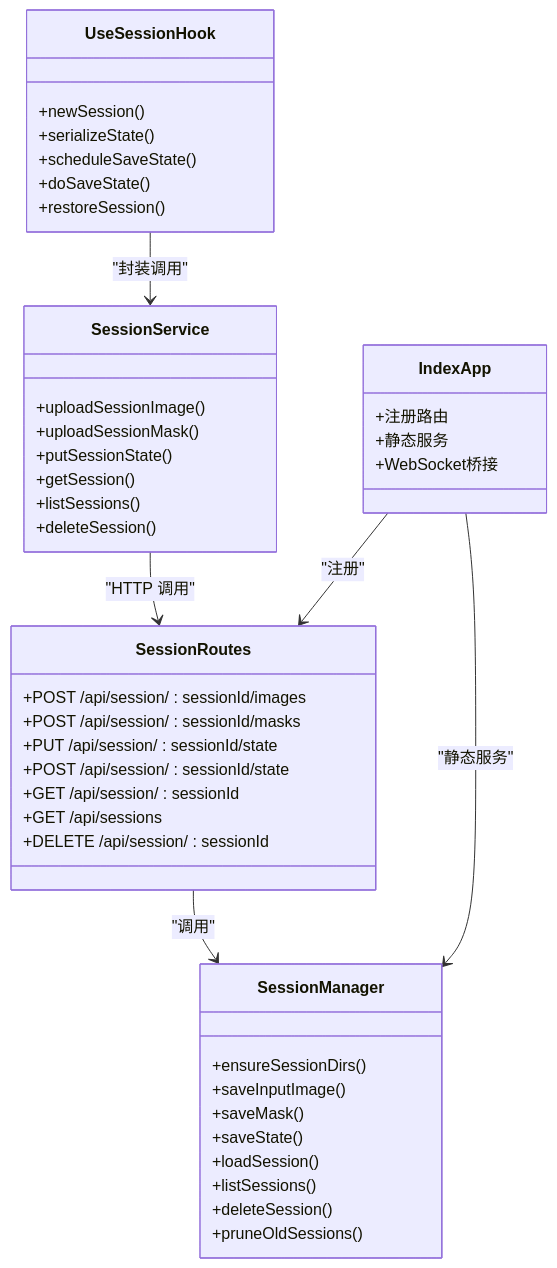
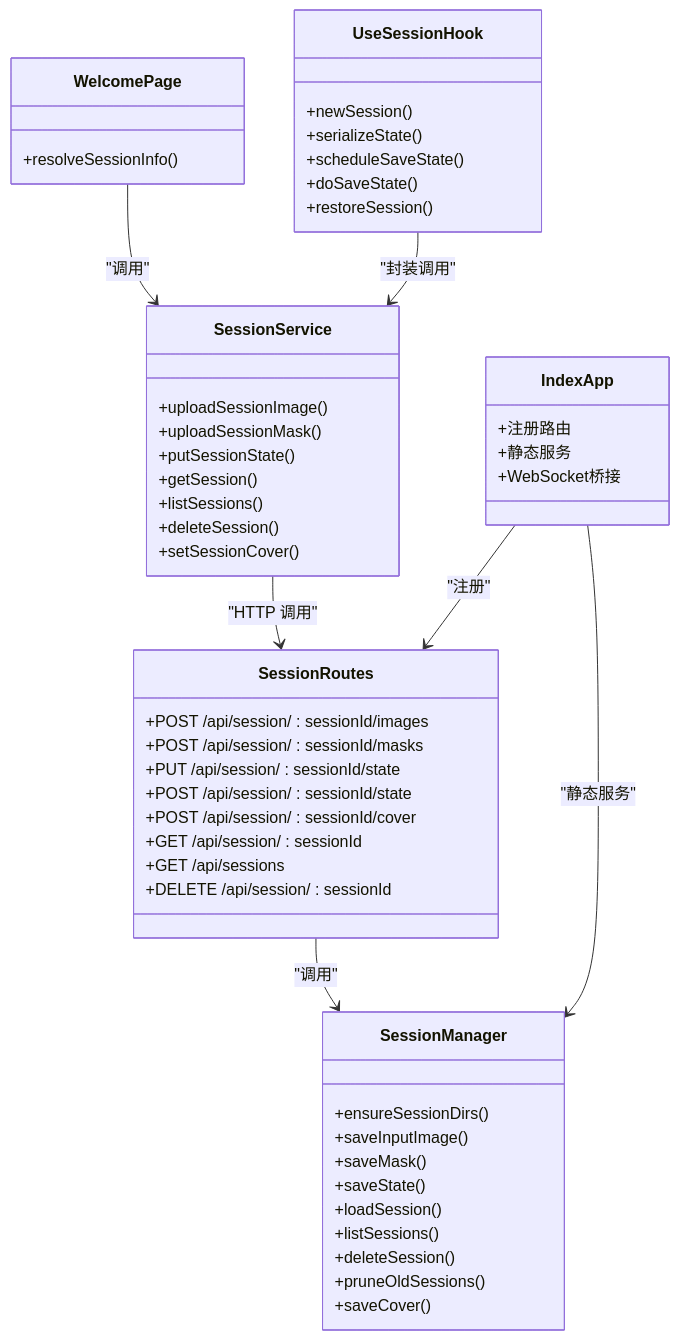
Before and after one commit to billye220670/CorineKit_Pix2Real: the third of 3 diagrams in .qoder/repowiki/zh/content/会话管理/会话 API.md, drawn with Mermaid. The commit also changed other lines of this file and 33 other files, not shown here.

````diff
--- a/.qoder/repowiki/zh/content/会话管理/会话 API.md
+++ b/.qoder/repowiki/zh/content/会话管理/会话 API.md
@@ -261,47 +287,54 @@
 ```mermaid
 classDiagram
 class SessionRoutes {
 +POST /api/session/ : sessionId/images
 +POST /api/session/ : sessionId/masks
 +PUT /api/session/ : sessionId/state
 +POST /api/session/ : sessionId/state
++POST /api/session/ : sessionId/cover
 +GET /api/session/ : sessionId
 +GET /api/sessions
 +DELETE /api/session/ : sessionId
 }
 class SessionManager {
 +ensureSessionDirs()
 +saveInputImage()
 +saveMask()
 +saveState()
 +loadSession()
 +listSessions()
 +deleteSession()
 +pruneOldSessions()
++saveCover()
 }
 class SessionService {
 +uploadSessionImage()
 +uploadSessionMask()
 +putSessionState()
 +getSession()
 +listSessions()
 +deleteSession()
++setSessionCover()
+}
+class WelcomePage {
++resolveSessionInfo()
 }
 class UseSessionHook {
 +newSession()
 +serializeState()
 +scheduleSaveState()
 +doSaveState()
 +restoreSession()
 }
 class IndexApp {
 +注册路由
 +静态服务
 +WebSocket桥接
 }
 SessionRoutes --> SessionManager : "调用"
 SessionService --> SessionRoutes : "HTTP 调用"
+WelcomePage --> SessionService : "调用"
 UseSessionHook --> SessionService : "封装调用"
 IndexApp --> SessionRoutes : "注册"
 IndexApp --> SessionManager : "静态服务"
 ```
````
